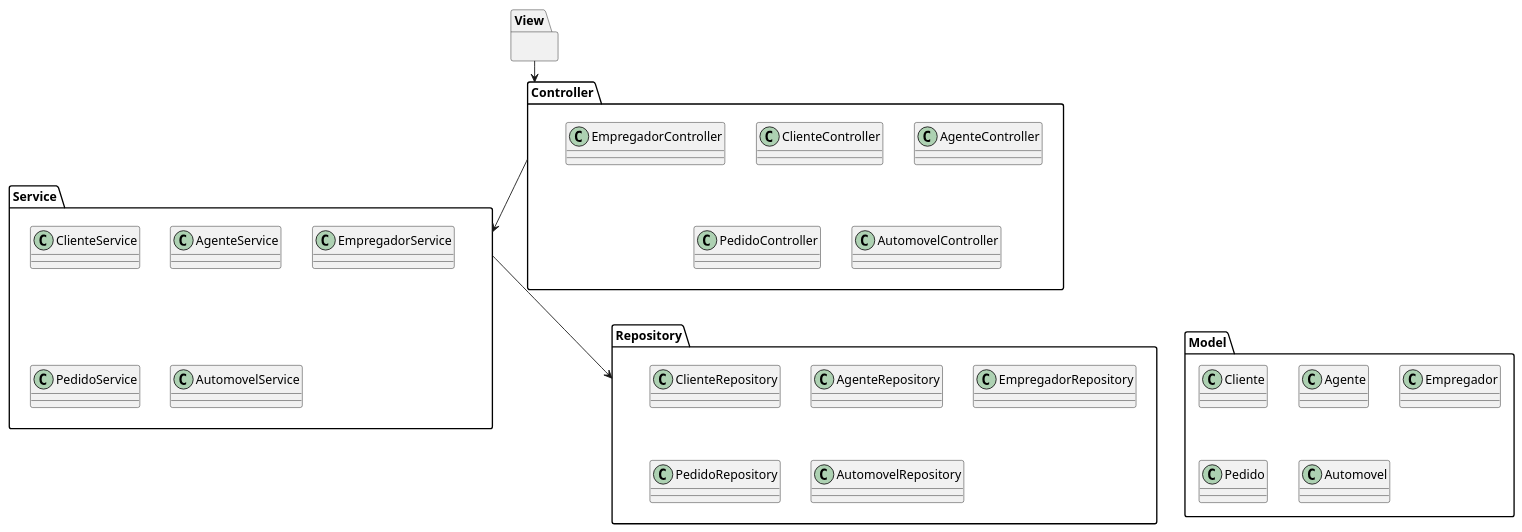
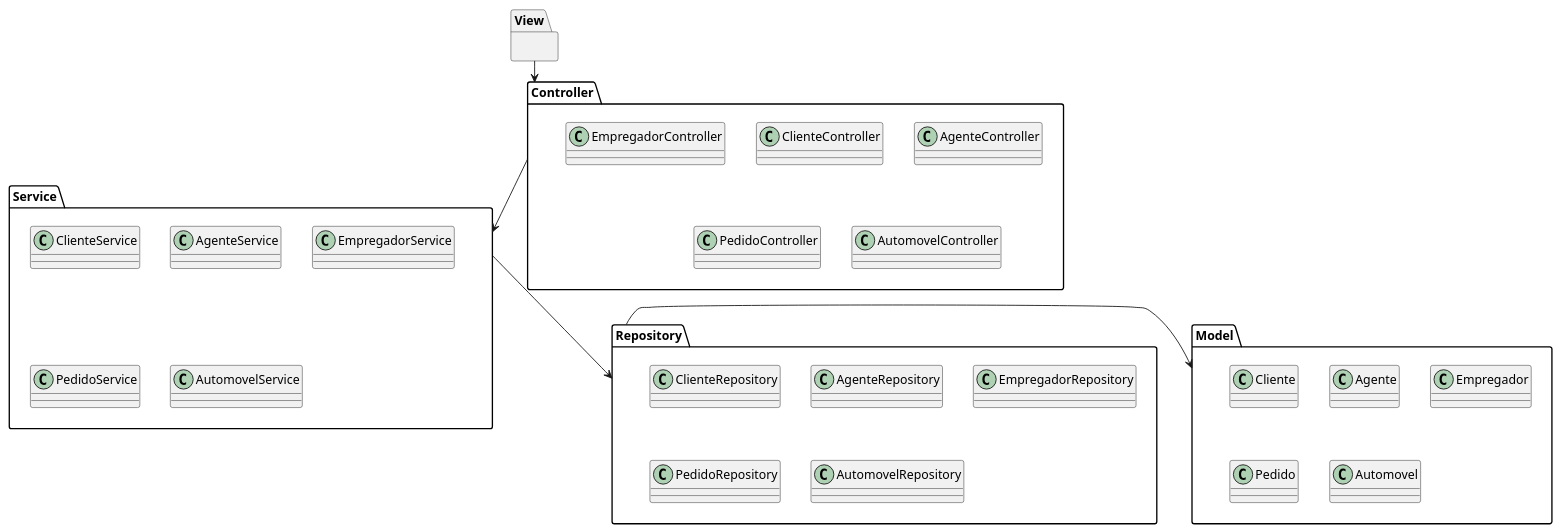
One commit to milenalara/sistema-de-aluguel-de-carros changed the diagram in project/docs/DiagramaDePacotes.puml. Above: the diagram before and after it, drawn with PlantUML. The commit also changed 5 other files, not shown here.

Commit message:
Imagens dos diagramas + Read.me atualizados

```diff
--- a/project/docs/DiagramaDePacotes.puml
+++ b/project/docs/DiagramaDePacotes.puml
@@ -1,50 +1,47 @@
 @startuml Pacotes MVC
 
 View --> Controller
-' ela está na camada cliente
 Controller --> Service
 Service -> Repository
-' Repository -> Model
-' model é uma camada de apoio, representa a entidade dentro do banco de dados
-' Application classe main
+Repository-> Model
 
 package Model {
     class Cliente
     class Agente
     class Empregador
     class Pedido
     class Automovel
     class Empregador
 }
 
 package View {
 }
 
 package Controller {
     class ClienteController
     class AgenteController
     class EmpregadorController
     class PedidoController
     class AutomovelController
     class EmpregadorController
 }
 
 package Service {
     class ClienteService
     class AgenteService
     class EmpregadorService
     class PedidoService
     class AutomovelService
     class EmpregadorService
 }
 
 package Repository {
     class ClienteRepository
     class AgenteRepository
     class EmpregadorRepository
     class PedidoRepository
     class AutomovelRepository
     class EmpregadorRepository
 }
 
 @enduml
```
